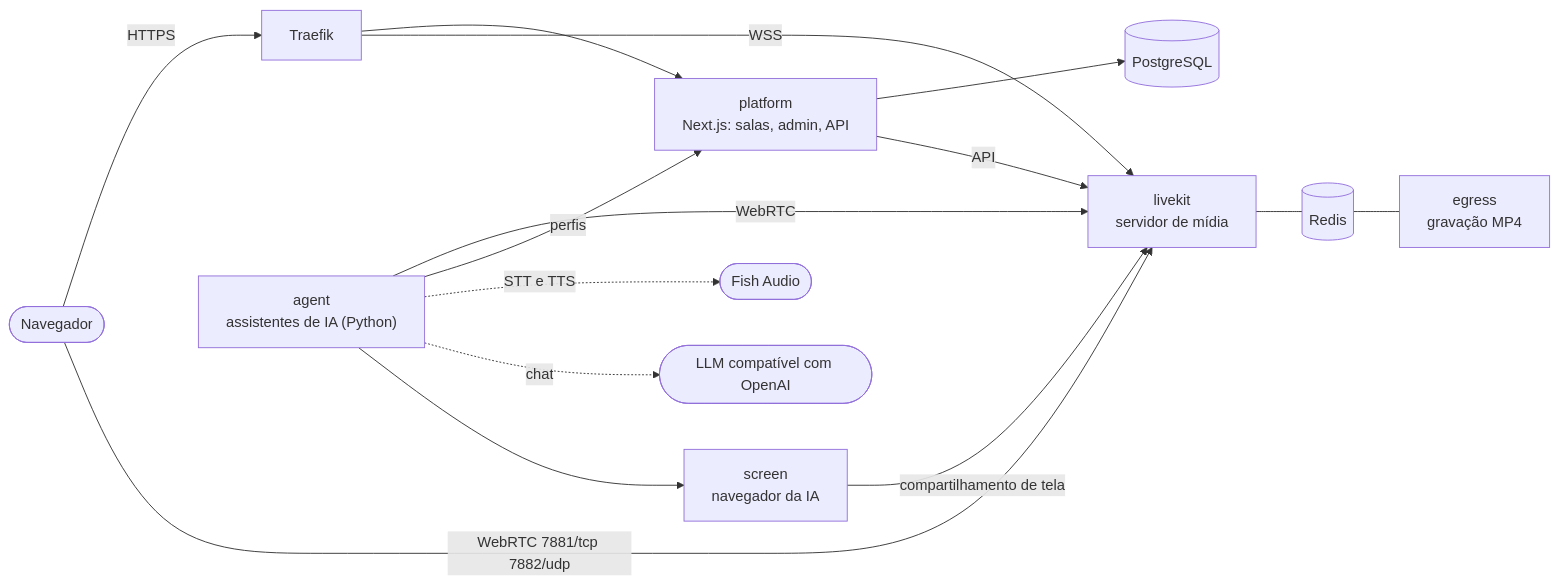
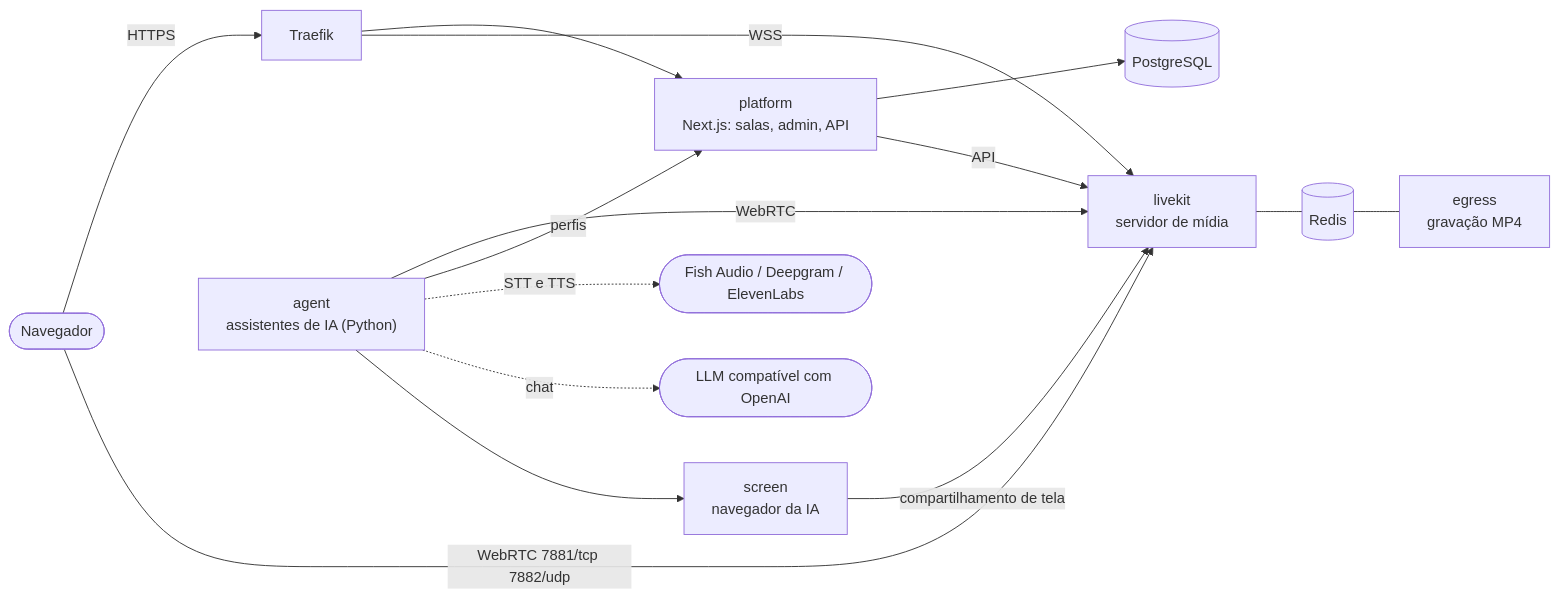
Before and after one commit to impa365/impameet: the diagram in README.md, drawn with Mermaid. The commit also changed other lines of this file and 32 other files, not shown here.

First line of the commit message:
feat: Deepgram and ElevenLabs speech providers, TTS and STT chosen separately per agent

````diff
--- a/README.md
+++ b/README.md
@@ -162,16 +164,16 @@
 ```mermaid
 flowchart LR
     browser([Navegador]) -- HTTPS --> traefik[Traefik]
     browser -- "WebRTC 7881/tcp 7882/udp" --> livekit
     traefik --> platform["platform<br/>Next.js: salas, admin, API"]
     traefik -- WSS --> livekit["livekit<br/>servidor de mídia"]
     platform --> postgres[(PostgreSQL)]
     platform -- API --> livekit
     agent["agent<br/>assistentes de IA (Python)"] -- WebRTC --> livekit
     agent -- perfis --> platform
-    agent -. "STT e TTS" .-> fish([Fish Audio])
+    agent -. "STT e TTS" .-> speech([Fish Audio / Deepgram / ElevenLabs])
     agent -. chat .-> llm([LLM compatível com OpenAI])
     agent --> screen["screen<br/>navegador da IA"]
     screen -- compartilhamento de tela --> livekit
     livekit --- redis[(Redis)] --- egress["egress<br/>gravação MP4"]
 ```
````
